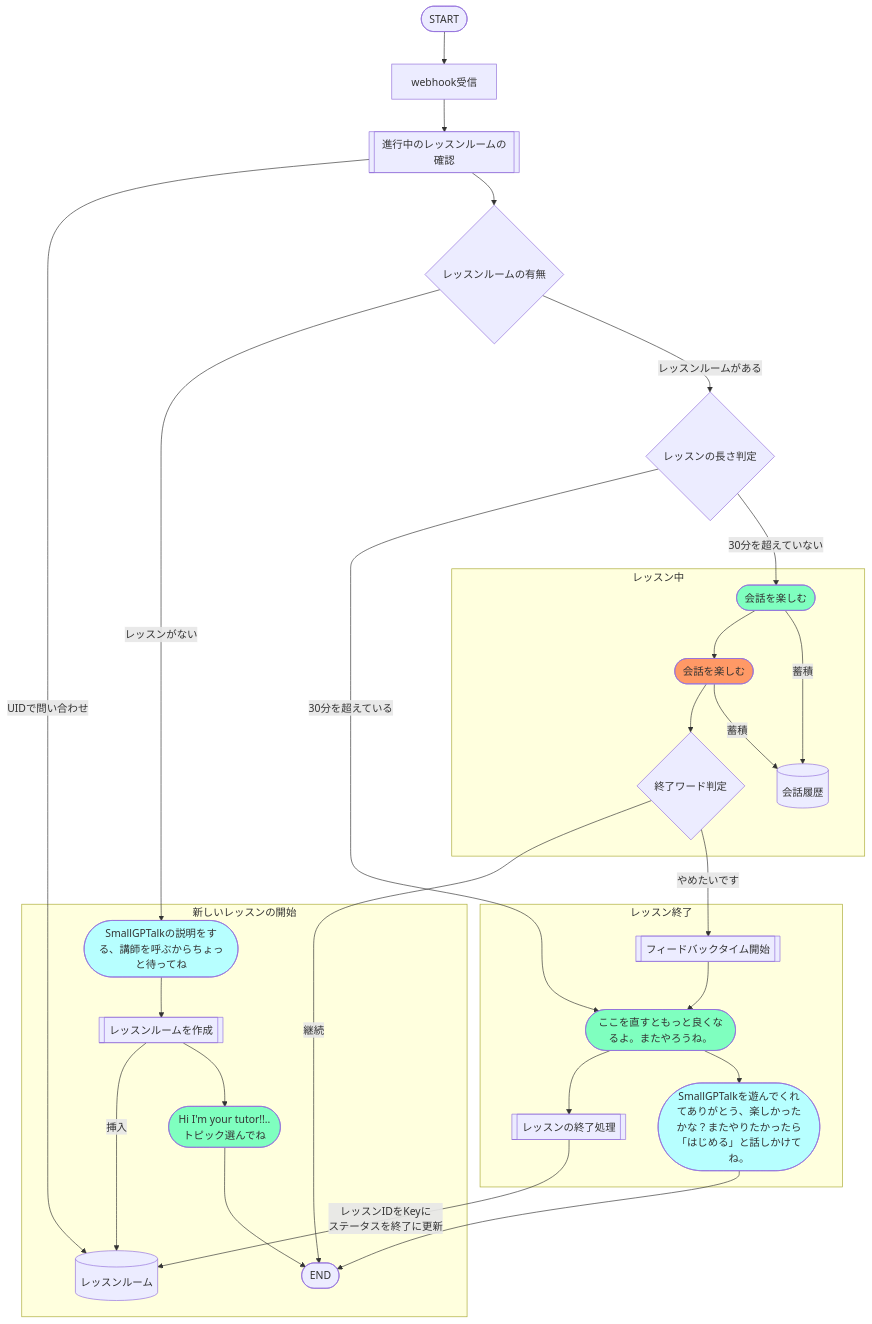
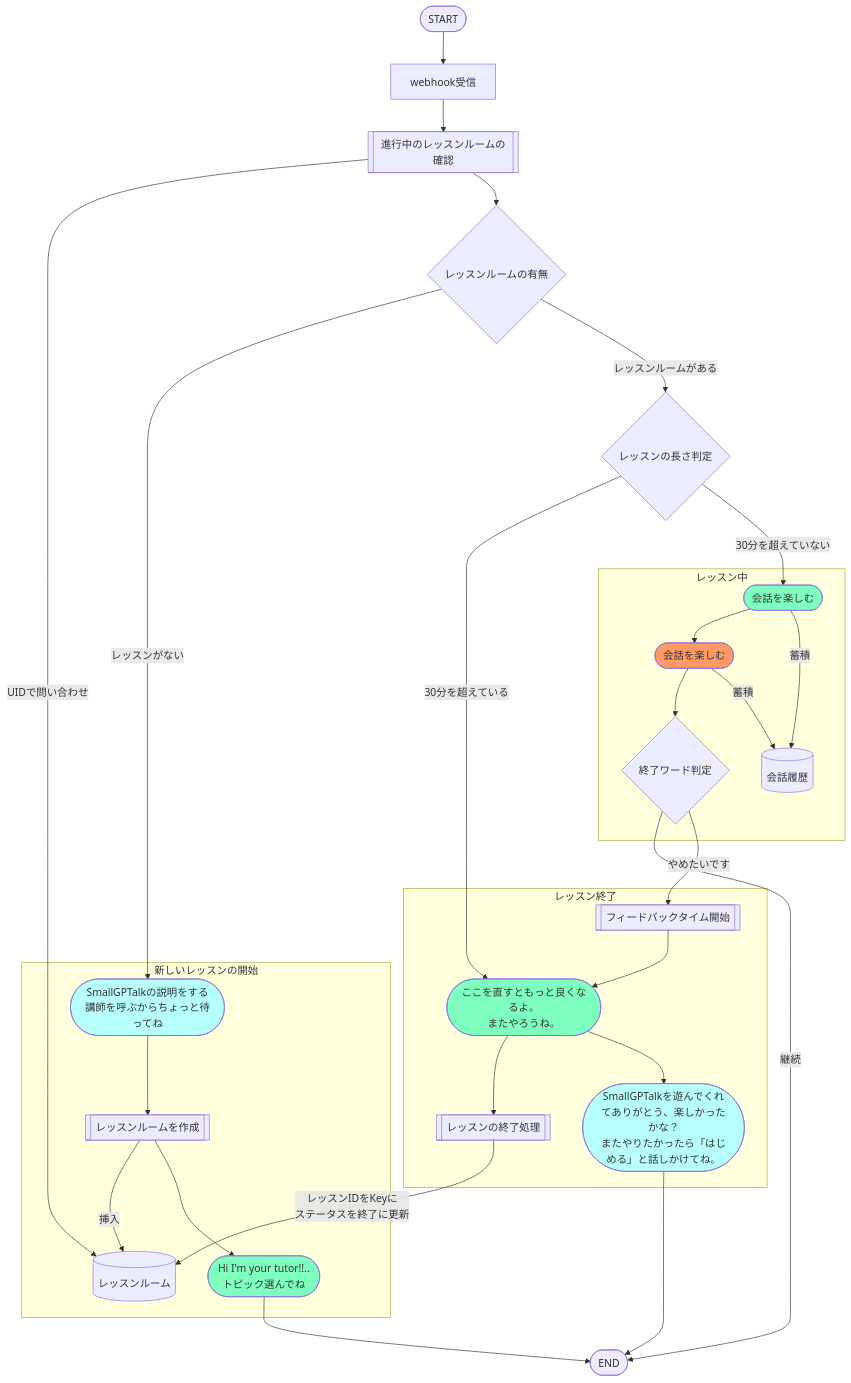
One commit to joe-king-sh/small-gptalk changed the diagram in docs/flow-chart.md. Above: the diagram before and after it, drawn with Mermaid.

Commit message:
Fix the flow chart.

````diff
--- a/docs/flow-chart.md
+++ b/docs/flow-chart.md
@@ -3,41 +3,41 @@
 ```mermaid
 flowchart TD
   END(["END"])
   START(["START"]) --> L1["webhook受信"]
   L1 --> L2[["進行中のレッスンルームの確認"]]
   L2 --> |UIDで問い合わせ| DB_L[(レッスンルーム)]
   L2 --> L3{"レッスンルームの有無"}
-  L3 -->|レッスンがない| S1(["SmallGPTalkの説明をする、講師を呼ぶからちょっと待ってね"]):::systemMessage
+  L3 -->|レッスンがない| S1(["SmallGPTalkの説明をする<br>講師を呼ぶからちょっと待ってね"]):::systemMessage
 
   subgraph 新しいレッスンの開始
     S1 --> L4[["レッスンルームを作成"]]
     L4 -->|挿入| DB_L
     L4 --> G1(["Hi I'm your tutor!!..<br>トピック選んでね"]):::gptMessage
+  end
     G1 --> END
-  end
 
   subgraph レッスン中
     G2(["会話を楽しむ"]):::gptMessage --> U2(["会話を楽しむ"]):::usersMessage
     U2 --> L6{"終了ワード判定"}
     U2 -->|蓄積| DB_C[(会話履歴)]
     G2 -->|蓄積| DB_C[(会話履歴)]
+  end
     L6 -->|継続| END
-  end
 
   subgraph レッスン終了
     L6 -->|やめたいです| L7[["フィードバックタイム開始"]]
     L7 --> G3(["ここを直すともっと良くなるよ。またやろうね。"]):::gptMessage
     G3 --> L10[[レッスンの終了処理]]
     L10 -->|レッスンIDをKeyに<br>ステータスを終了に更新| DB_L
-    G3 --> S2(["SmallGPTalkを遊んでくれてありがとう、楽しかったかな？またやりたかったら「はじめる」と話しかけてね。"]):::systemMessage
+    G3 --> S2(["SmallGPTalkを遊んでくれてありがとう、楽しかったかな？<br>またやりたかったら「はじめる」と話しかけてね。"]):::systemMessage
+  end
     S2 --> END
-  end
 
   L3 -->|レッスンルームがある| L8{レッスンの長さ判定}
-  L8 -->|30分を超えている| G3(["ここを直すともっと良くなるよ。またやろうね。"]):::gptMessage
+  L8 -->|30分を超えている| G3(["ここを直すともっと良くなるよ。<br>またやろうね。"]):::gptMessage
   L8 -->|30分を超えていない| G2
 
   classDef usersMessage fill:#f96
   classDef systemMessage fill:#b7ffff
   classDef gptMessage fill:#7fffbf
 ```
````
